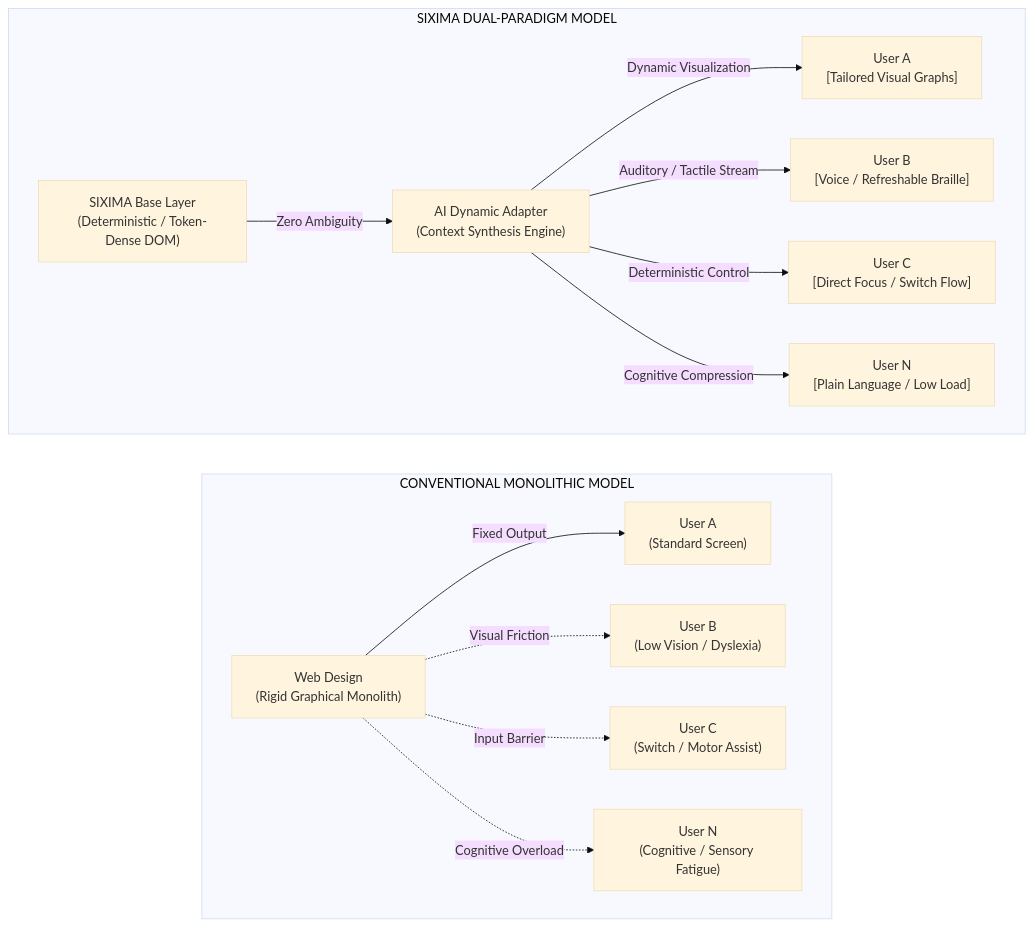
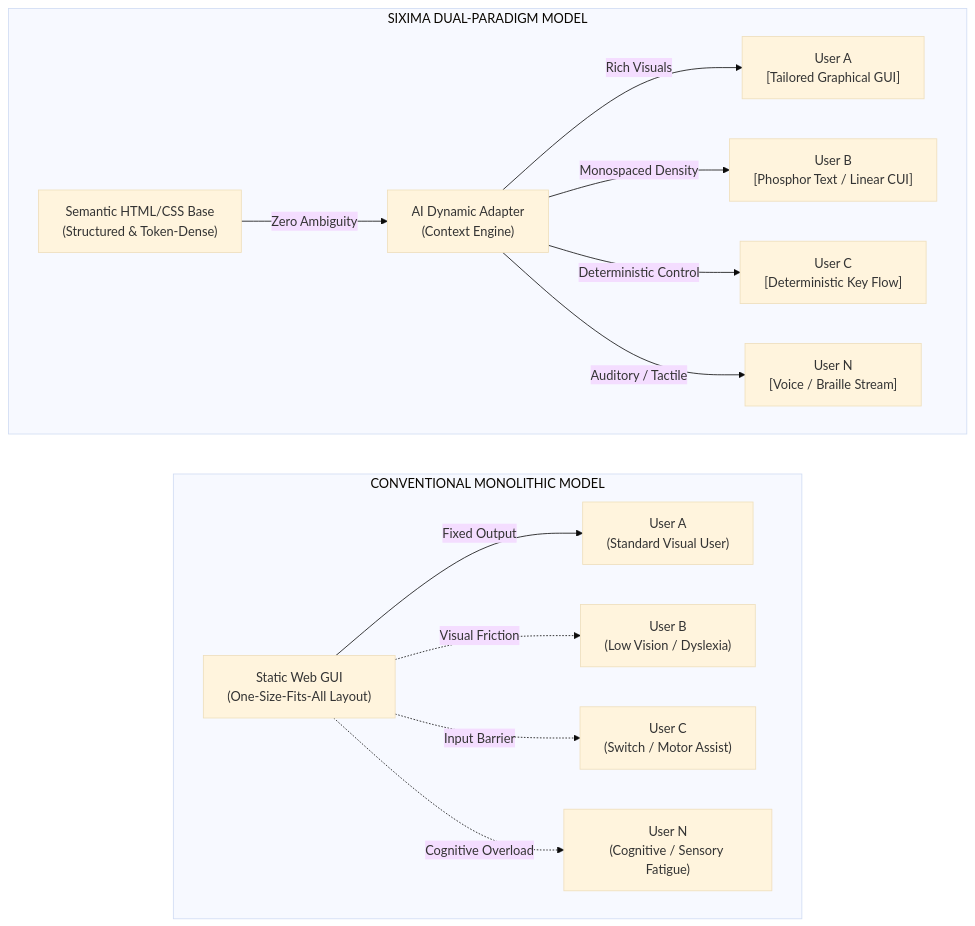
One commit to sixima-electric/sixima changed the first of 2 diagrams in README.md. Above: the diagram before and after it, drawn with Mermaid (base theme). The commit also changed other lines of this file, not shown here.

````diff
--- a/README.md
+++ b/README.md
@@ -35,33 +46,33 @@
 ```mermaid
 flowchart LR
     subgraph Conventional ["CONVENTIONAL MONOLITHIC MODEL"]
         direction LR
-        D["Web Design<br/>(Rigid Graphical Monolith)"]
-        U1["User A<br/>(Standard Screen)"]
+        D["Static Web GUI<br/>(One-Size-Fits-All Layout)"]
+        U1["User A<br/>(Standard Visual User)"]
         U2["User B<br/>(Low Vision / Dyslexia)"]
         U3["User C<br/>(Switch / Motor Assist)"]
         UN["User N<br/>(Cognitive / Sensory Fatigue)"]
 
         D -->|Fixed Output| U1
         D -.->|Visual Friction| U2
         D -.->|Input Barrier| U3
         D -.->|Cognitive Overload| UN
     end
 
     subgraph Sixima ["SIXIMA DUAL-PARADIGM MODEL"]
         direction LR
-        B["SIXIMA Base Layer<br/>(Deterministic / Token-Dense DOM)"]
-        AI["AI Dynamic Adapter<br/>(Context Synthesis Engine)"]
-        SU1["User A<br/>[Tailored Visual Graphs]"]
-        SU2["User B<br/>[Voice / Refreshable Braille]"]
-        SU3["User C<br/>[Direct Focus / Switch Flow]"]
-        SUN["User N<br/>[Plain Language / Low Load]"]
+        B["Semantic HTML/CSS Base<br/>(Structured & Token-Dense)"]
+        AI["AI Dynamic Adapter<br/>(Context Engine)"]
+        SU1["User A<br/>[Tailored Graphical GUI]"]
+        SU2["User B<br/>[Phosphor Text / Linear CUI]"]
+        SU3["User C<br/>[Deterministic Key Flow]"]
+        SUN["User N<br/>[Voice / Braille Stream]"]
 
         B -->|Zero Ambiguity| AI
-        AI -->|Dynamic Visualization| SU1
-        AI -->|Auditory / Tactile Stream| SU2
+        AI -->|Rich Visuals| SU1
+        AI -->|Monospaced Density| SU2
         AI -->|Deterministic Control| SU3
-        AI -->|Cognitive Compression| SUN
+        AI -->|Auditory / Tactile| SUN
     end
 
 ```
````
